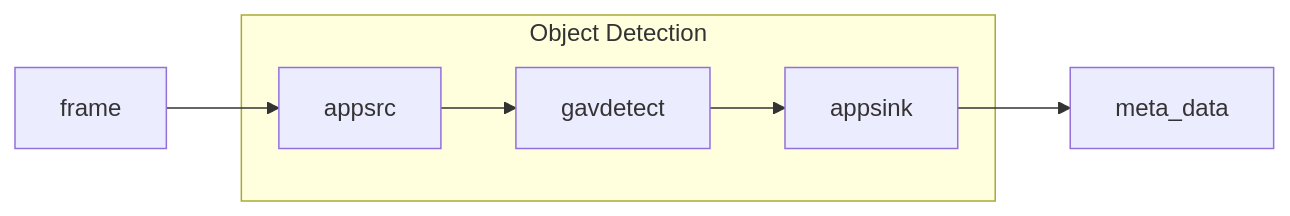
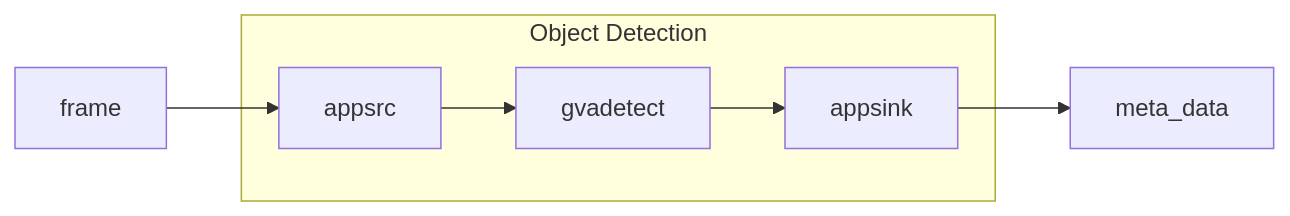
Before and after one commit to dlstreamer/pipeline-server: the first of 4 diagrams in samples/lva_ai_extension/pipeline_diagrams/pipeline_diagrams.mermaid, drawn with Mermaid. The commit also changed other lines of this file and 22 other files, not shown here.

````diff
--- a/samples/lva_ai_extension/pipeline_diagrams/pipeline_diagrams.mermaid
+++ b/samples/lva_ai_extension/pipeline_diagrams/pipeline_diagrams.mermaid
@@ -3,9 +3,9 @@
 ```mermaid
 graph LR
     frame-->appsrc
     subgraph "Object Detection"
-    appsrc-->gavdetect
-    gavdetect-->appsink
+    appsrc-->gvadetect
+    gvadetect-->appsink
     end
     appsink-->meta_data
 ```
````
